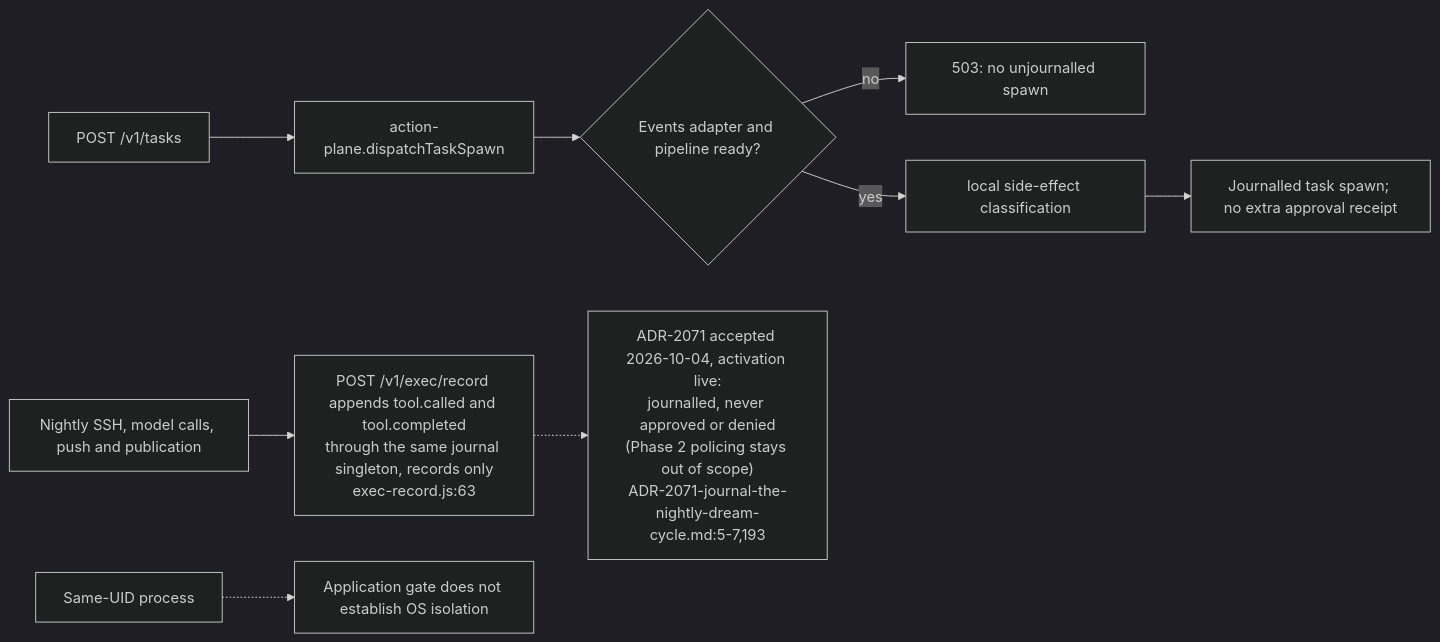
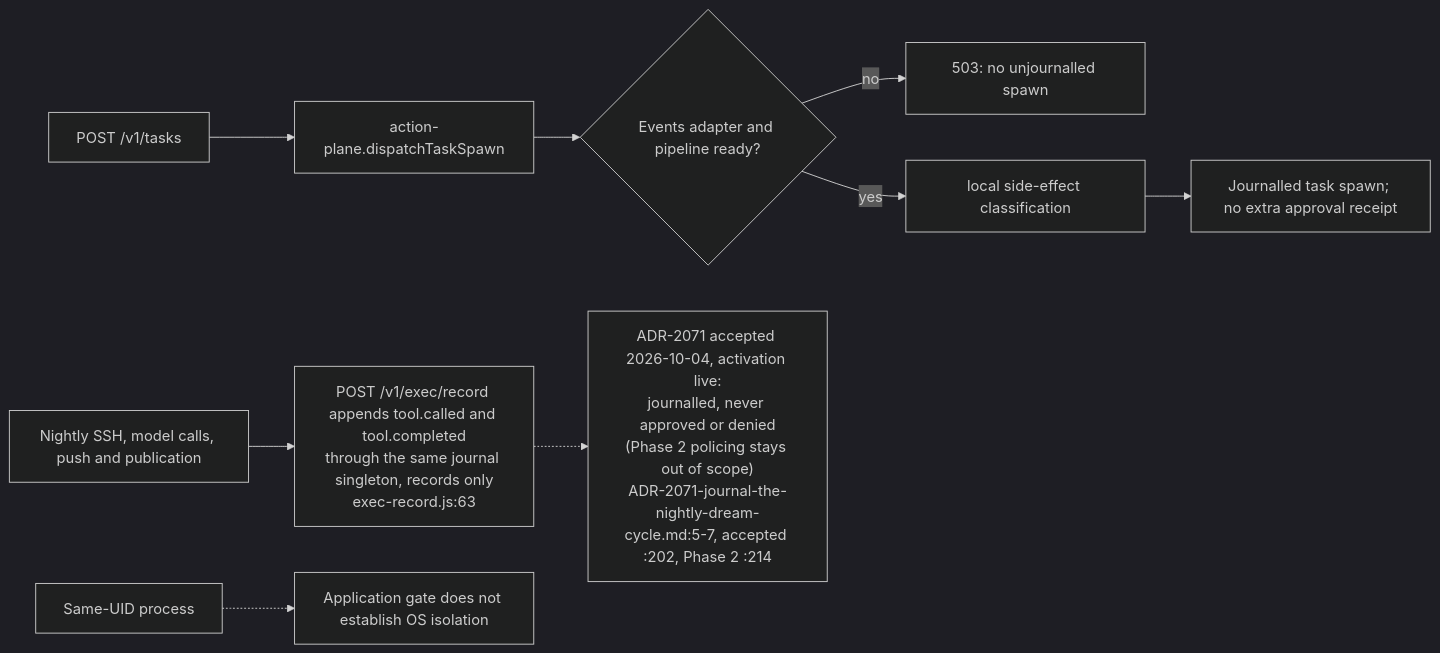
Before and after one commit to DreamLab-AI/VisionFlow: the seventh of 12 diagrams in docs/diagrams/estate/05-governance-loop-across-estate.md, drawn with Mermaid (dark theme). The commit also changed other lines of this file and 6 other files, not shown here.

````diff
--- a/docs/diagrams/estate/05-governance-loop-across-estate.md
+++ b/docs/diagrams/estate/05-governance-loop-across-estate.md
@@ -234,11 +234,11 @@
 ```mermaid
 flowchart LR
     TASK["POST /v1/tasks"] --> PLANE["action-plane.dispatchTaskSpawn"]
     PLANE --> READY{"Events adapter and pipeline ready?"}
     READY -->|no| REFUSE["503: no unjournalled spawn"]
     READY -->|yes| LOCAL["local side-effect classification"]
     LOCAL --> SPAWN["Journalled task spawn; no extra approval receipt"]
     NIGHT["Nightly SSH, model calls, push and publication"] --> REC["POST /v1/exec/record appends tool.called and tool.completed<br/>through the same journal singleton, records only<br/>exec-record.js:63"]
-    REC -.-> GAP["ADR-2071 accepted 2026-10-04, activation live:<br/>journalled, never approved or denied<br/>(Phase 2 policing stays out of scope)<br/>ADR-2071-journal-the-nightly-dream-cycle.md:5-7,193"]
+    REC -.-> GAP["ADR-2071 accepted 2026-10-04, activation live:<br/>journalled, never approved or denied<br/>(Phase 2 policing stays out of scope)<br/>ADR-2071-journal-the-nightly-dream-cycle.md:5-7, accepted :202, Phase 2 :214"]
     PEER["Same-UID process"] -.-> LIMIT["Application gate does not establish OS isolation"]
 ```
````
